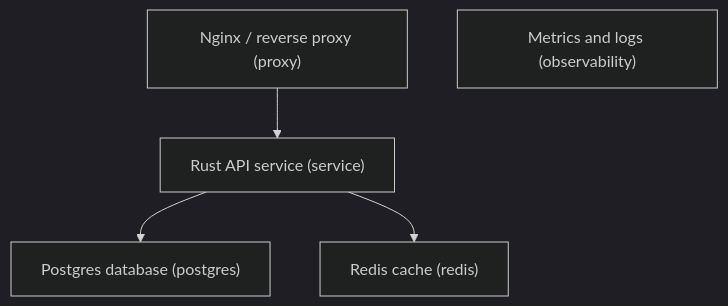
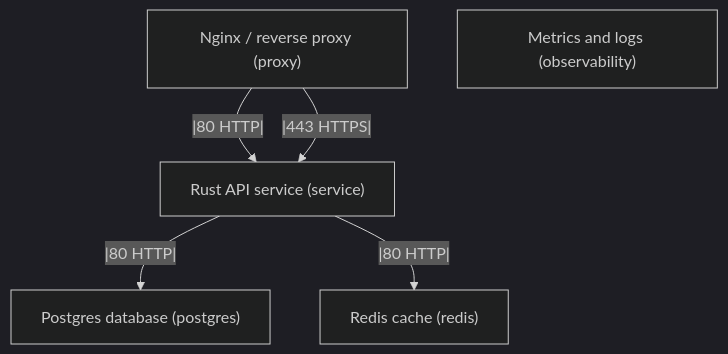
Before and after one commit to casualuser/casualuser.github.io: the diagram in docs/blueprints/rust-api-postgres.mmd, drawn with Mermaid (dark theme). The commit also changed 6 other files, not shown here.

Commit message:
blueprints: add protocol/port labels to Mermaid diagram arrows, style diagram containers with dark background and shadow, update solutions page to separate diagram links from blueprint descriptions

```diff
--- a/docs/blueprints/rust-api-postgres.mmd
+++ b/docs/blueprints/rust-api-postgres.mmd
@@ -1,10 +1,11 @@
 %% Autogenerated from codemap rust-api-postgres; do not edit by hand.
 graph TD
   api["Rust API service (service)"]
   db["Postgres database (postgres)"]
   cache["Redis cache (redis)"]
   proxy["Nginx / reverse proxy (proxy)"]
   observability["Metrics and logs (observability)"]
-  api --> db
-  api --> cache
-  proxy --> api
+  api --|80 HTTP|--> db
+  api --|80 HTTP|--> cache
+  proxy --|80 HTTP|--> api
+  proxy --|443 HTTPS|--> api
```
